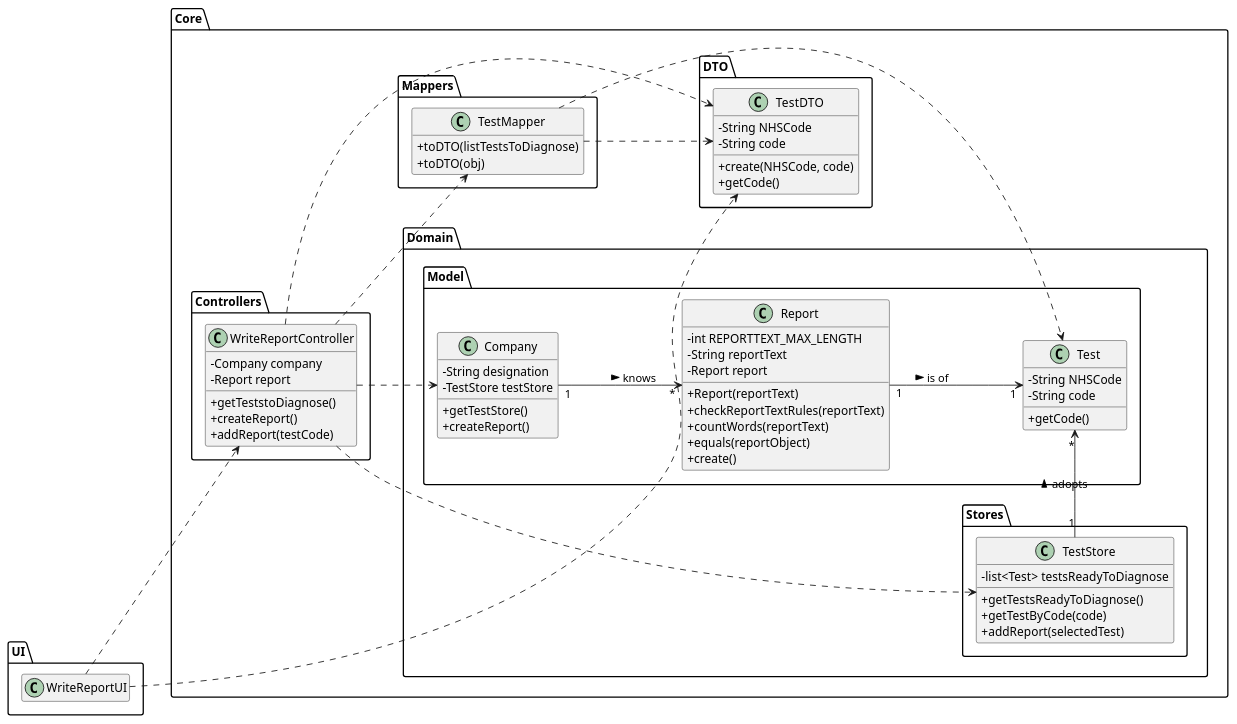
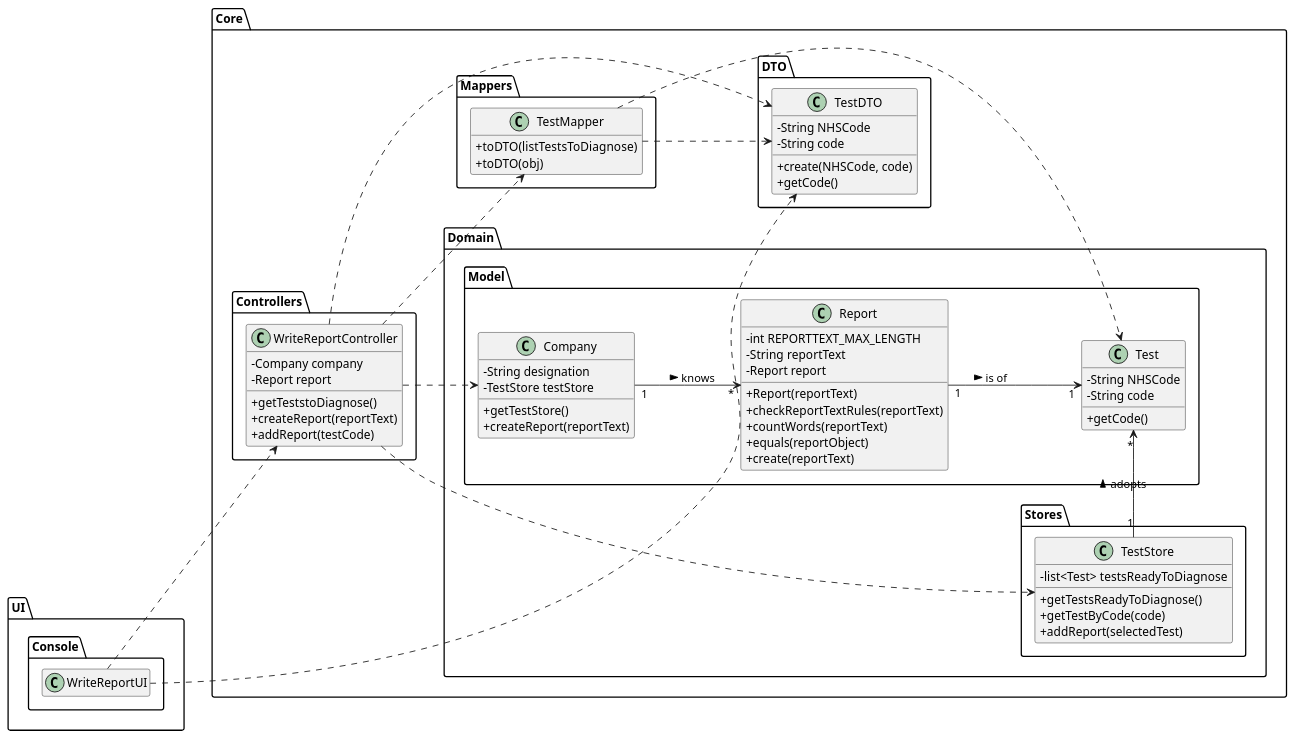
Before and after one commit to ana-albergaria/LAPR2-ISEP: the diagram in docs/SprintC/US_14/US14_CD.puml, drawn with PlantUML. The commit also changed 3 other files, not shown here.

```diff
--- a/docs/SprintC/US_14/US14_CD.puml
+++ b/docs/SprintC/US_14/US14_CD.puml
@@ -1,105 +1,109 @@
 @startuml
 hide empty methods
 hide empty attributes
 left to right direction
 skinparam classAttributeIconSize 0
 
 package Core {
 
 package Domain {
 
 package Model {
 
 class Company {
     -String designation
     -TestStore testStore
     +getTestStore()
-    +createReport()
+    +createReport(reportText)
 }
 
 class Report {
     - int REPORTTEXT_MAX_LENGTH
     - String reportText
     - Report report
     + Report(reportText)
     + checkReportTextRules(reportText)
     + countWords(reportText)
     + equals(reportObject)
-    + create()
+    + create(reportText)
 }
 
 class Test {
     -String NHSCode
     -String code
     +getCode()
 }
 
 }
 
 package Stores {
 
 class TestStore {
     -list<Test> testsReadyToDiagnose
     +getTestsReadyToDiagnose()
     +getTestByCode(code)
     +addReport(selectedTest)
 }
 
 }
 
 }
 
 package Mappers {
 
 class TestMapper {
     +toDTO(listTestsToDiagnose)
     +toDTO(obj)
 }
 
 }
 
 package DTO {
 
 class TestDTO {
     -String NHSCode
     -String code
     +create(NHSCode, code)
     +getCode()
 }
 
 }
 
 package Controllers {
 
 class WriteReportController {
     -Company company
     -Report report
     +getTeststoDiagnose()
-    +createReport()
+    +createReport(reportText)
     +addReport(testCode)
 }
 
 }
 
 }
 
 package UI {
 
+package Console {
+
 class WriteReportUI {
+}
+
 }
 
 }
 
 WriteReportUI ..> WriteReportController
 WriteReportUI ..> TestDTO
 WriteReportController ..> TestMapper
 WriteReportController ..> Company
 WriteReportController ..> TestStore
 WriteReportController ..> TestDTO
 TestStore "1" -> "*" Test : adopts >
 Company "1" --> "*" Report : knows >
 Report "1" --> "1" Test : is of >
 TestMapper ..> Test
 TestMapper ..> TestDTO
 
 @enduml
```
